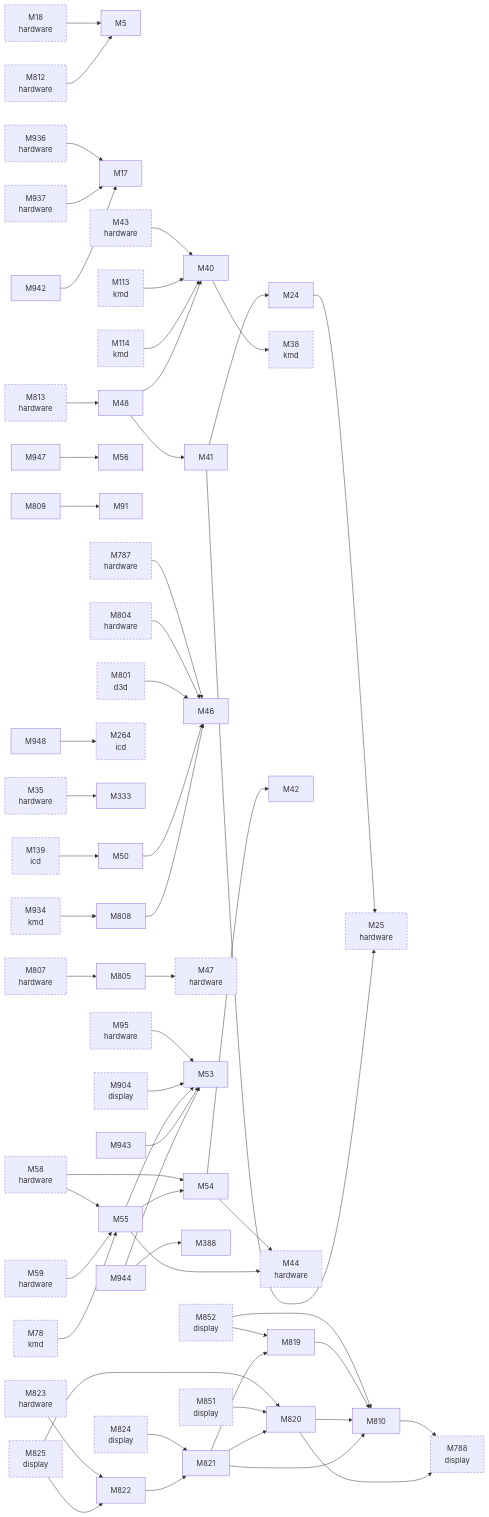
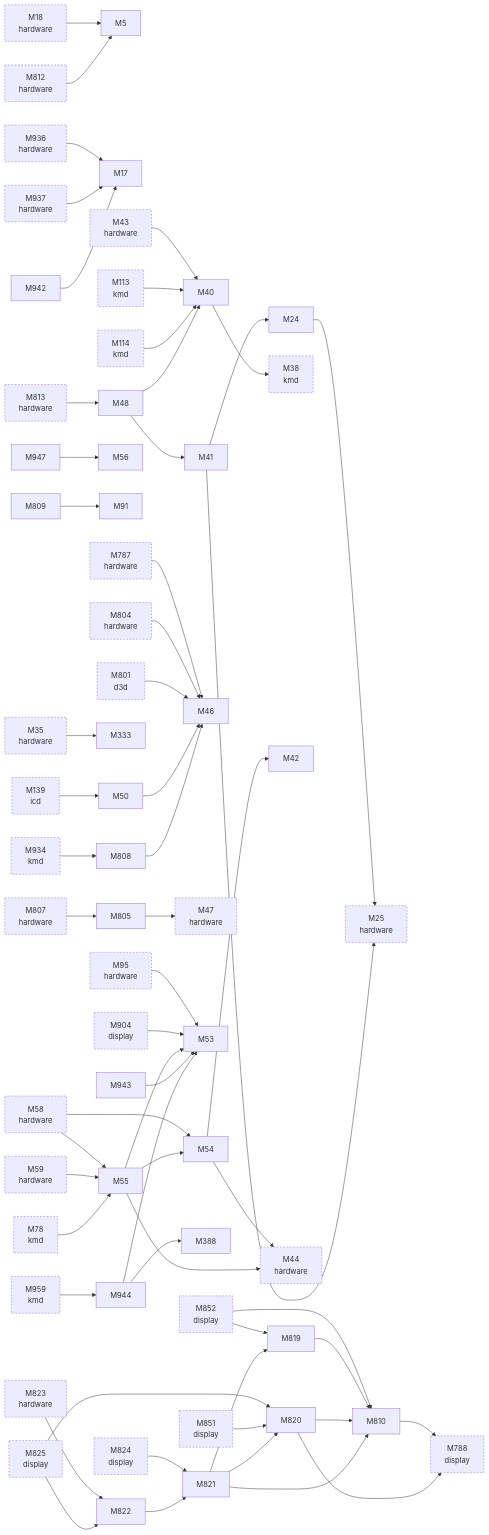
One commit to D-Ogi/amdgpu-wddm changed the second of 3 diagrams in docs/facts/graphs/linux.md. Above: the diagram before and after it, drawn with Mermaid. The commit also changed 16 other files, not shown here.

````diff
--- a/docs/facts/graphs/linux.md
+++ b/docs/facts/graphs/linux.md
@@ -77,7 +77,6 @@
   M113["M113<br/>kmd"]
   M114["M114<br/>kmd"]
   M139["M139<br/>icd"]
-  M264["M264<br/>icd"]
   M333["M333"]
   M388["M388"]
   M787["M787<br/>hardware"]
@@ -108,7 +107,7 @@
   M943["M943"]
   M944["M944"]
   M947["M947"]
-  M948["M948"]
+  M959["M959<br/>kmd"]
   M18 --> M5
   M35 --> M333
   M43 --> M40
@@ -128,6 +127,7 @@
   M113 --> M40
   M114 --> M40
   M934 --> M808
+  M959 --> M944
   M824 --> M821
   M825 --> M820
   M825 --> M822
@@ -165,7 +165,6 @@
   M944 --> M53
   M944 --> M388
   M947 --> M56
-  M948 --> M264
   classDef other stroke-dasharray:4 3
-  class M18,M25,M35,M38,M43,M44,M47,M58,M59,M78,M95,M113,M114,M139,M264,M787,M788,M801,M804,M807,M812,M813,M823,M824,M825,M851,M852,M904,M934,M936,M937 other
+  class M18,M25,M35,M38,M43,M44,M47,M58,M59,M78,M95,M113,M114,M139,M787,M788,M801,M804,M807,M812,M813,M823,M824,M825,M851,M852,M904,M934,M936,M937,M959 other
 ```
````
